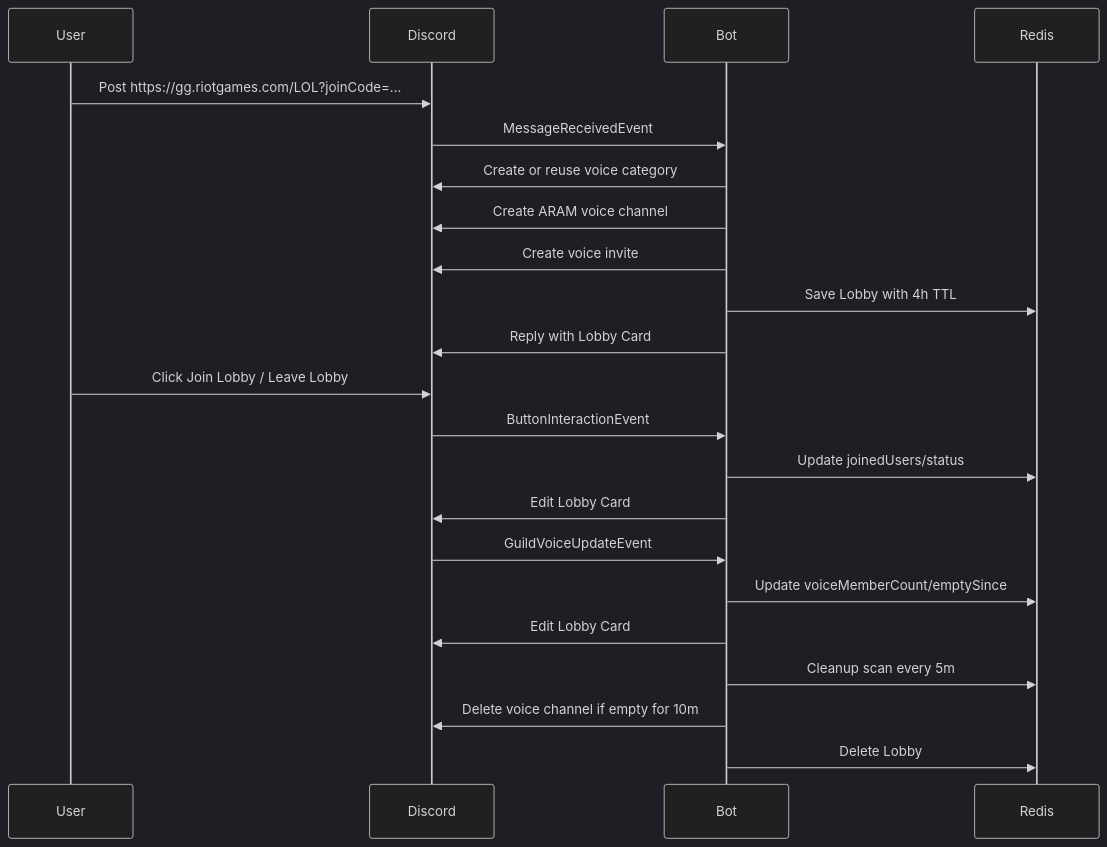
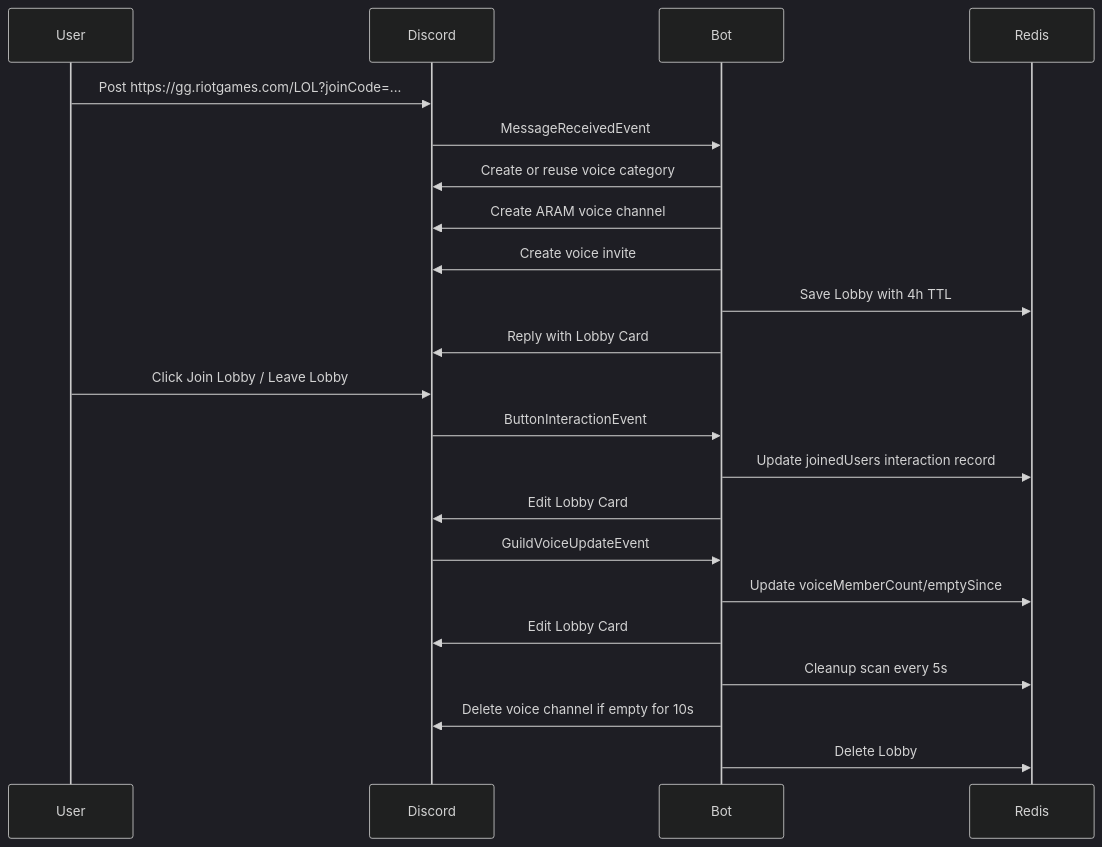
One commit to Eddie425/aram-lobby-bot changed the second of 2 diagrams in docs/technical-design.md. Above: the diagram before and after it, drawn with Mermaid (dark theme). The commit also changed other lines of this file and 7 other files, not shown here.

````diff
--- a/docs/technical-design.md
+++ b/docs/technical-design.md
@@ -32,25 +32,25 @@
 ```mermaid
 sequenceDiagram
     participant U as User
     participant D as Discord
     participant B as Bot
     participant R as Redis
 
     U->>D: Post https://gg.riotgames.com/LOL?joinCode=...
     D->>B: MessageReceivedEvent
     B->>D: Create or reuse voice category
     B->>D: Create ARAM voice channel
     B->>D: Create voice invite
     B->>R: Save Lobby with 4h TTL
     B->>D: Reply with Lobby Card
     U->>D: Click Join Lobby / Leave Lobby
     D->>B: ButtonInteractionEvent
-    B->>R: Update joinedUsers/status
+    B->>R: Update joinedUsers interaction record
     B->>D: Edit Lobby Card
     D->>B: GuildVoiceUpdateEvent
     B->>R: Update voiceMemberCount/emptySince
     B->>D: Edit Lobby Card
-    B->>R: Cleanup scan every 5m
-    B->>D: Delete voice channel if empty for 10m
+    B->>R: Cleanup scan every 5s
+    B->>D: Delete voice channel if empty for 10s
     B->>R: Delete Lobby
 ```
````
